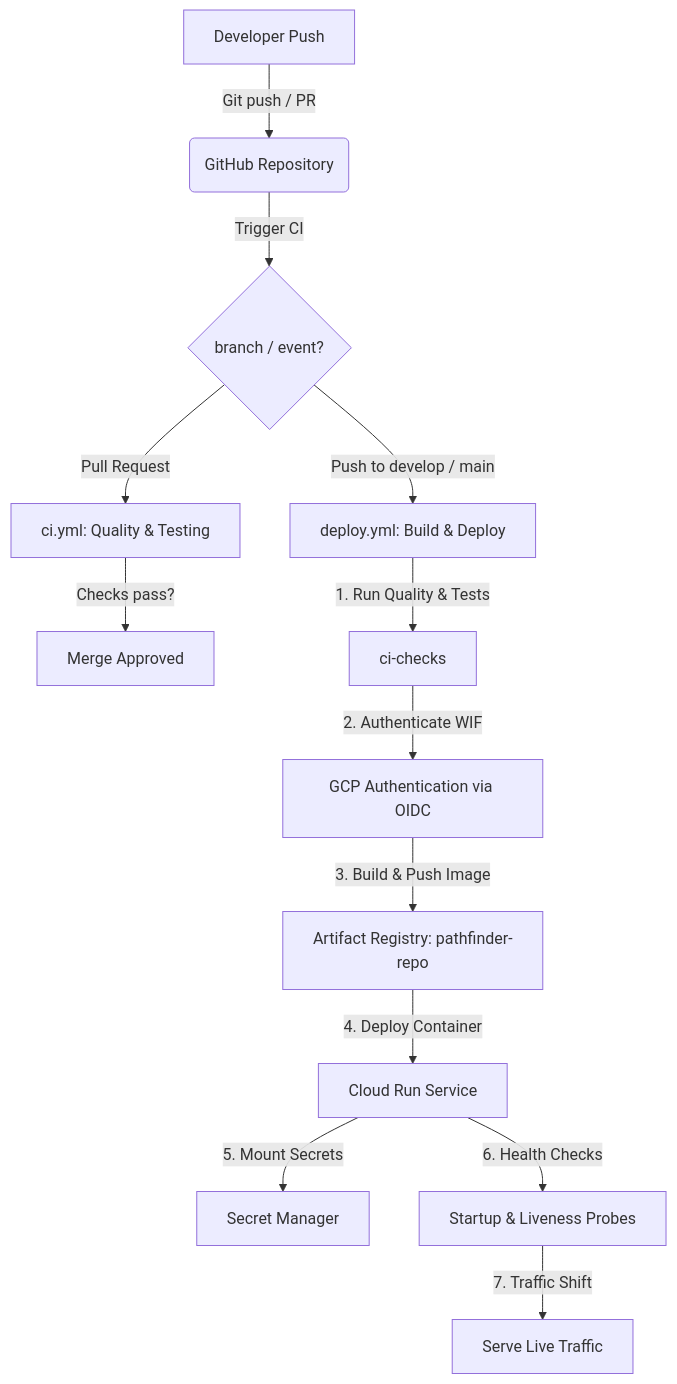
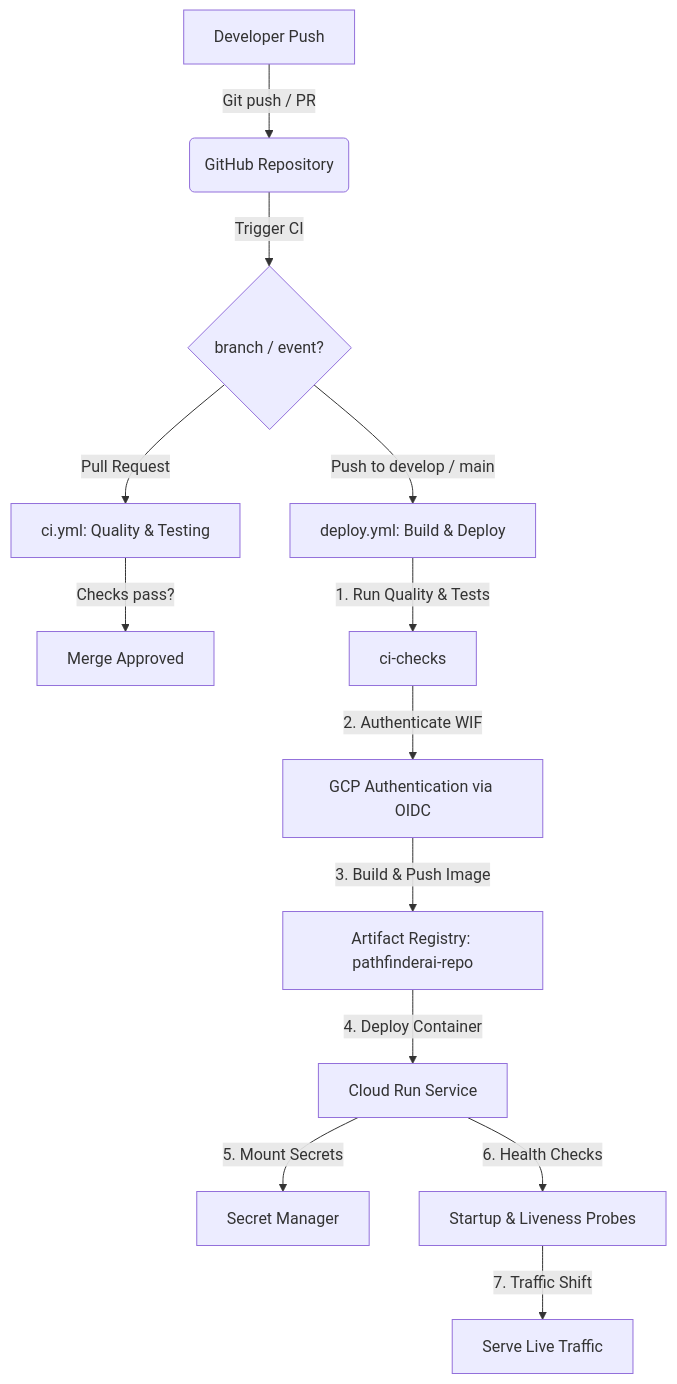
One commit to ojha-436/PathfinderAI changed the diagram in docs/CICD.md. Above: the diagram before and after it, drawn with Mermaid. The commit also changed other lines of this file and 29 other files, not shown here.

````diff
--- a/docs/CICD.md
+++ b/docs/CICD.md
@@ -11,19 +11,19 @@
 ```mermaid
 graph TD
     A[Developer Push] -->|Git push / PR| B(GitHub Repository)
     B -->|Trigger CI| C{branch / event?}
     
     C -->|Pull Request| D[ci.yml: Quality & Testing]
     C -->|Push to develop / main| E[deploy.yml: Build & Deploy]
     
     D -->|Checks pass?| F[Merge Approved]
     
     E -->|1. Run Quality & Tests| G[ci-checks]
     G -->|2. Authenticate WIF| H[GCP Authentication via OIDC]
-    H -->|3. Build & Push Image| I[Artifact Registry: pathfinder-repo]
+    H -->|3. Build & Push Image| I[Artifact Registry: pathfinderai-repo]
     I -->|4. Deploy Container| J[Cloud Run Service]
     
     J -->|5. Mount Secrets| K[Secret Manager]
     J -->|6. Health Checks| L[Startup & Liveness Probes]
     L -->|7. Traffic Shift| M[Serve Live Traffic]
 ```
````
